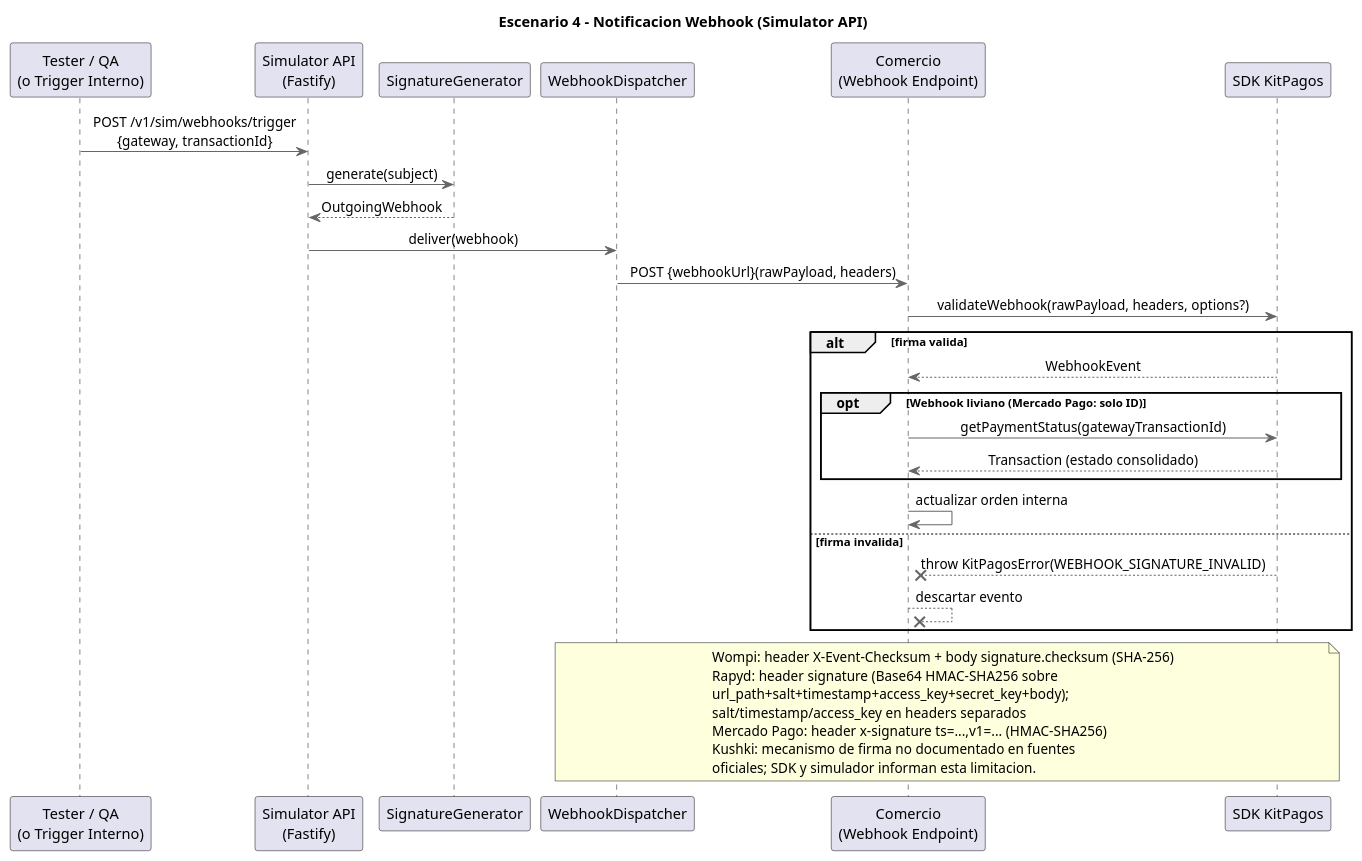
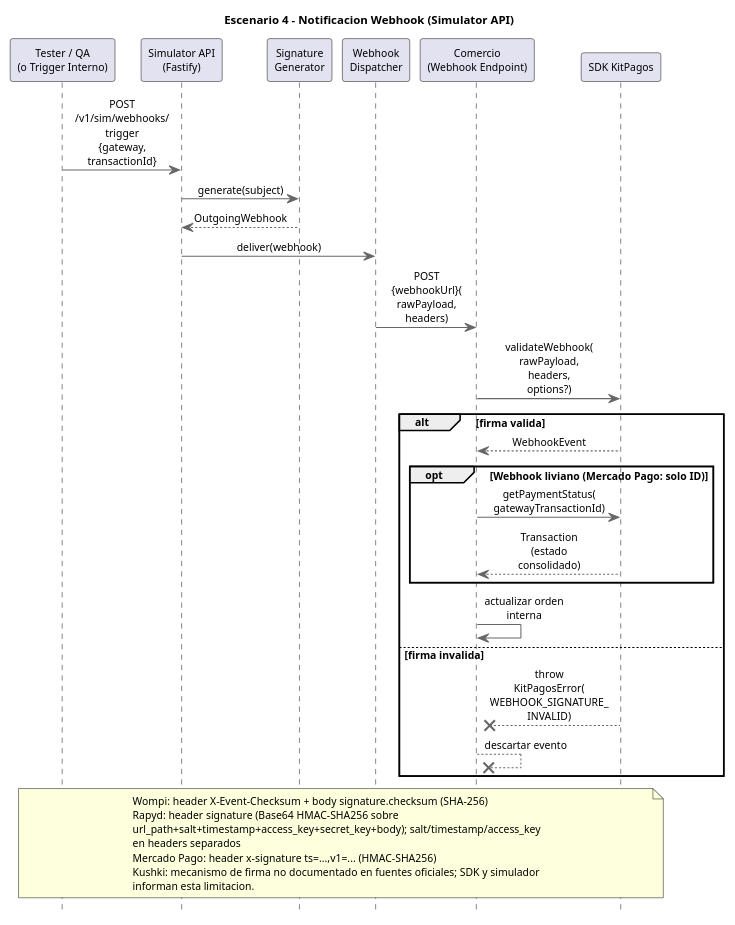
The diagram in docs/architecture/Simulador API/diagrams-source/sequence-webhook-notification.puml (PurosBrothers/Kit-Pagos-Colombia---Tesis), drawn with PlantUML before and after one commit. The commit also changed 87 other files, not shown here.

```diff
--- a/docs/architecture/Simulador API/diagrams-source/sequence-webhook-notification.puml
+++ b/docs/architecture/Simulador API/diagrams-source/sequence-webhook-notification.puml
@@ -1,45 +1,57 @@
 @startuml Sequence Diagram - Webhook Notification
 title Escenario 4 - Notificacion Webhook (Simulator API)
 skinparam backgroundColor white
+skinparam defaultFontName Helvetica
+skinparam defaultFontSize 10
+skinparam titleFontSize 11
+skinparam ParticipantFontSize 10
+skinparam ActorFontSize 10
+skinparam ArrowFontSize 10
+skinparam NoteFontSize 10
+skinparam SequenceGroupFontSize 10
+skinparam SequenceGroupHeaderFontSize 10
+skinparam SequenceDividerFontSize 10
+skinparam maxMessageSize 80
+hide footbox
 skinparam sequenceMessageAlign center
 skinparam ArrowColor #666666
 skinparam LifeLineBorderColor #666666
 
 participant "Tester / QA\n(o Trigger Interno)" as Tester
 participant "Simulator API\n(Fastify)" as SimAPI
-participant "SignatureGenerator" as Generator
-participant "WebhookDispatcher" as Dispatcher
+participant "Signature\nGenerator" as Generator
+participant "Webhook\nDispatcher" as Dispatcher
 participant "Comercio\n(Webhook Endpoint)" as Comercio
 participant "SDK KitPagos" as SDK
 
-Tester -> SimAPI : POST /v1/sim/webhooks/trigger\n{gateway, transactionId}
+Tester -> SimAPI : POST\n/v1/sim/webhooks/\ntrigger\n{gateway,\ntransactionId}
 SimAPI -> Generator : generate(subject)
 Generator --> SimAPI : OutgoingWebhook
 SimAPI -> Dispatcher : deliver(webhook)
-Dispatcher -> Comercio : POST {webhookUrl}(rawPayload, headers)
+Dispatcher -> Comercio : POST {webhookUrl}(\nrawPayload,\nheaders)
 
-Comercio -> SDK : validateWebhook(rawPayload, headers, options?)
+Comercio -> SDK : validateWebhook(\nrawPayload, headers,\noptions?)
 
 alt firma valida
   SDK --> Comercio : WebhookEvent
   opt Webhook liviano (Mercado Pago: solo ID)
-    Comercio -> SDK : getPaymentStatus(gatewayTransactionId)
+    Comercio -> SDK : getPaymentStatus(\ngatewayTransactionId)
     SDK --> Comercio : Transaction (estado consolidado)
   end
   Comercio -> Comercio : actualizar orden interna
 else firma invalida
-  SDK -->x Comercio : throw KitPagosError(WEBHOOK_SIGNATURE_INVALID)
+  SDK -->x Comercio : throw\nKitPagosError(\nWEBHOOK_SIGNATURE_\nINVALID)
   Comercio -->x Comercio : descartar evento
 end
 
-note over Dispatcher, SDK
+note over Tester, SDK
   Wompi: header X-Event-Checksum + body signature.checksum (SHA-256)
   Rapyd: header signature (Base64 HMAC-SHA256 sobre
-  url_path+salt+timestamp+access_key+secret_key+body);
-  salt/timestamp/access_key en headers separados
+  url_path+salt+timestamp+access_key+secret_key+body); salt/timestamp/access_key
+  en headers separados
   Mercado Pago: header x-signature ts=...,v1=... (HMAC-SHA256)
-  Kushki: mecanismo de firma no documentado en fuentes
-  oficiales; SDK y simulador informan esta limitacion.
+  Kushki: mecanismo de firma no documentado en fuentes oficiales; SDK y simulador
+  informan esta limitacion.
 end note
 
 @enduml
```
